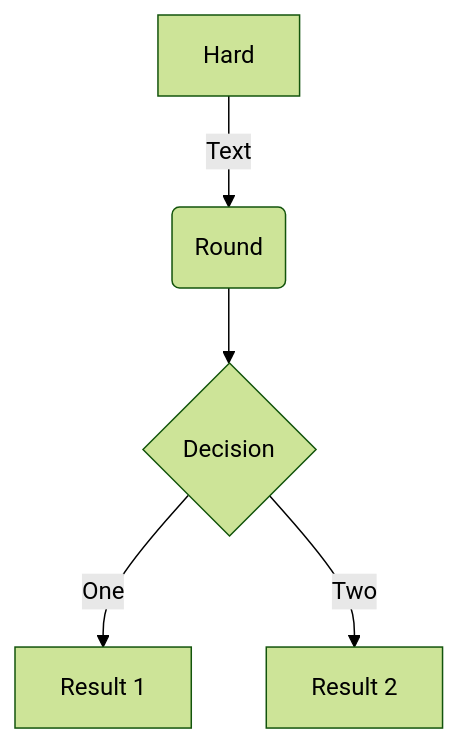
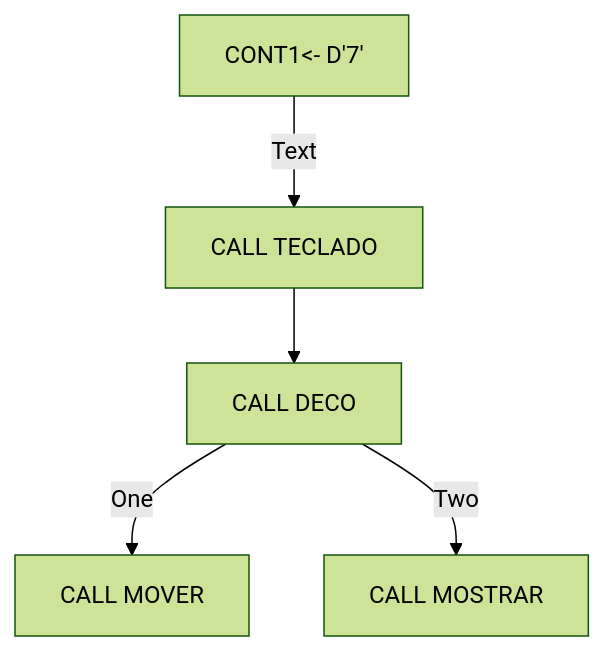
Before and after one commit to w3rqil/electronicaDigital_II: the diagram in README.md, drawn with Mermaid (forest theme). The commit also changed other lines of this file, not shown here.

````diff
--- a/README.md
+++ b/README.md
@@ -6,8 +6,8 @@
  ```mermaid
 flowchart TD
 
-A[Hard] -->|Text| B(Round)
-    B --> C{Decision}
-    C -->|One| D[Result 1]
-    C -->|Two| E[Result 2]
+A[CONT1<- D'7'] -->|Text| B[CALL TECLADO]
+    B --> C[CALL DECO]
+    C -->|One| D[CALL MOVER]
+    C -->|Two| E[CALL MOSTRAR]
  ```
````
